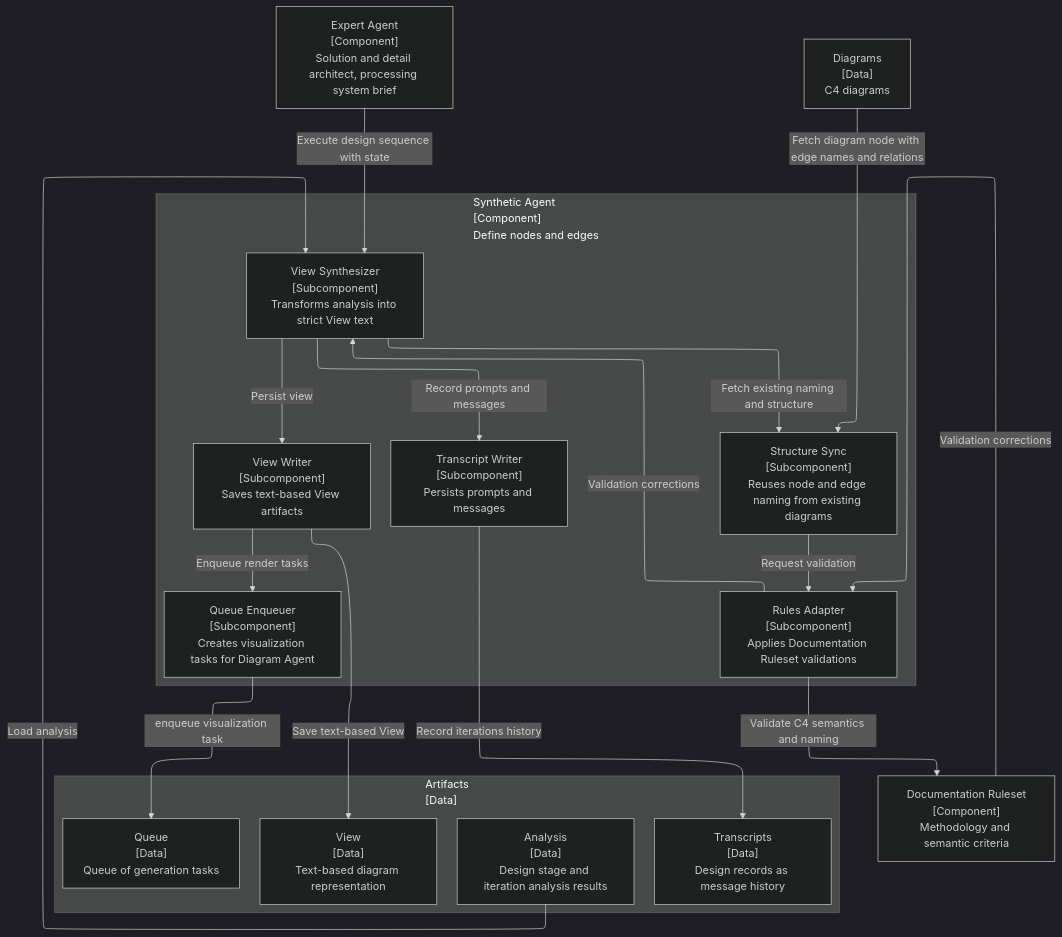
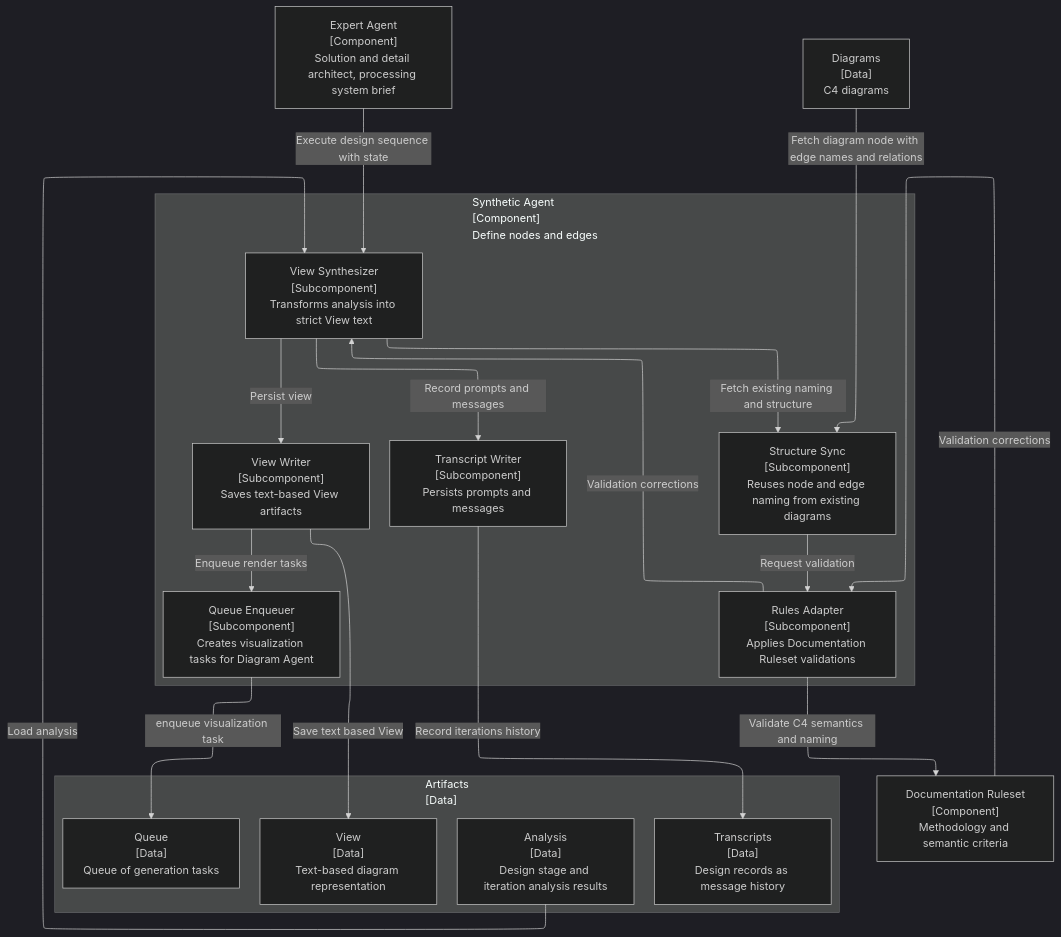
Before and after one commit to kompotkot/archon: the diagram in docs/diagrams/components/cmpt-synthetic-agent.mermaid, drawn with Mermaid. The commit also changed 6 other files, not shown here.

```diff
--- a/docs/diagrams/components/cmpt-synthetic-agent.mermaid
+++ b/docs/diagrams/components/cmpt-synthetic-agent.mermaid
@@ -1,34 +1,34 @@
 ---
 config:
   theme: dark
   layout: elk
 ---
 flowchart TB
  subgraph artifacts["Artifacts<br>[Data]"]
         artf_transcript["Transcripts<br>[Data]<br>Design records as message history"]
         artf_analysis["Analysis<br>[Data]<br>Design stage and iteration analysis results"]
         artf_views["View<br>[Data]<br>Text-based diagram representation"]
         artf_queue["Queue<br>[Data]<br>Queue of generation tasks"]
   end
  subgraph synth_agent["Synthetic Agent<br>[Component]<br>Define nodes and edges"]
         sa_view_synth["View Synthesizer<br>[Subcomponent]<br>Transforms analysis into strict View text"]
         sa_structure_sync["Structure Sync<br>[Subcomponent]<br>Reuses node and edge naming from existing diagrams"]
         sa_rules_adapter["Rules Adapter<br>[Subcomponent]<br>Applies Documentation Ruleset validations"]
         sa_view_writer["View Writer<br>[Subcomponent]<br>Saves text-based View artifacts"]
         sa_queue_enq["Queue Enqueuer<br>[Subcomponent]<br>Creates visualization tasks for Diagram Agent"]
         sa_transcript_writer["Transcript Writer<br>[Subcomponent]<br>Persists prompts and messages"]
   end
     sa_view_synth -- Fetch existing naming and structure --> sa_structure_sync
     sa_structure_sync -- Request validation --> sa_rules_adapter
     sa_rules_adapter -- Validation corrections --> sa_view_synth
     sa_view_synth -- Persist view --> sa_view_writer
     sa_view_writer -- Enqueue render tasks --> sa_queue_enq
     sa_view_synth -- Record prompts and messages --> sa_transcript_writer
     expert_agent["Expert Agent<br>[Component]<br>Solution and detail architect, processing system brief"] -- Execute design sequence with state --> sa_view_synth
     artf_analysis -- Load analysis --> sa_view_synth
     diagrams["Diagrams<br>[Data]<br>C4 diagrams"] -- Fetch diagram node with edge names and relations --> sa_structure_sync
     sa_rules_adapter -- Validate C4 semantics and naming --> doc_rules["Documentation Ruleset<br>[Component]<br>Methodology and semantic criteria"]
     doc_rules -- Validation corrections --> sa_rules_adapter
-    sa_view_writer -- "Save text-based View" --> artf_views
+    sa_view_writer -- Save text based View --> artf_views
     sa_queue_enq -- enqueue visualization task --> artf_queue
     sa_transcript_writer -- Record iterations history --> artf_transcript
```
